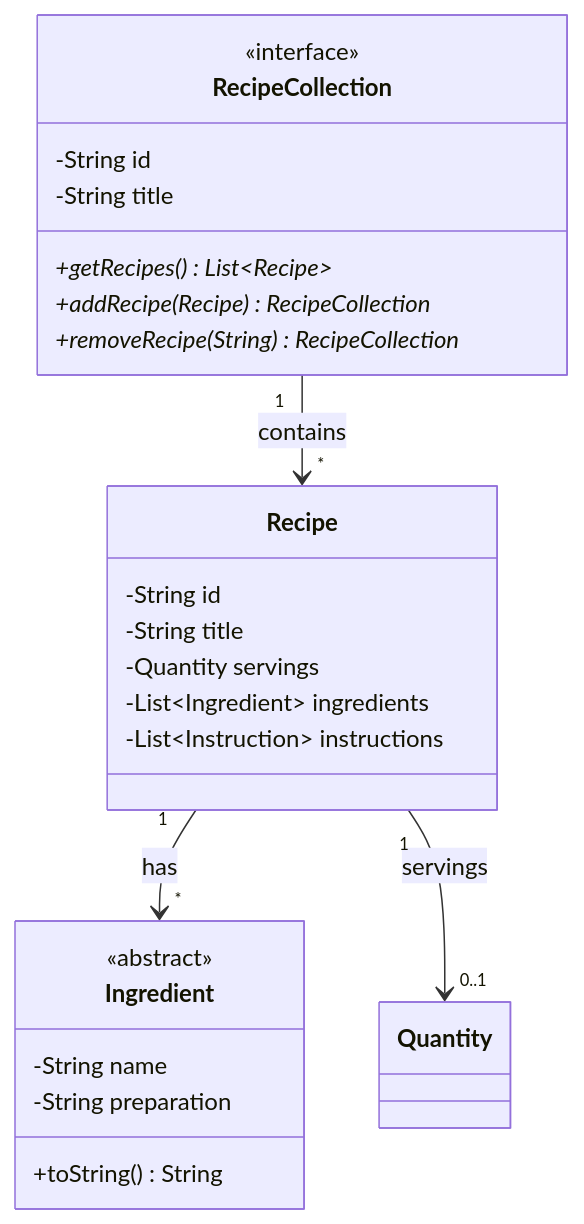
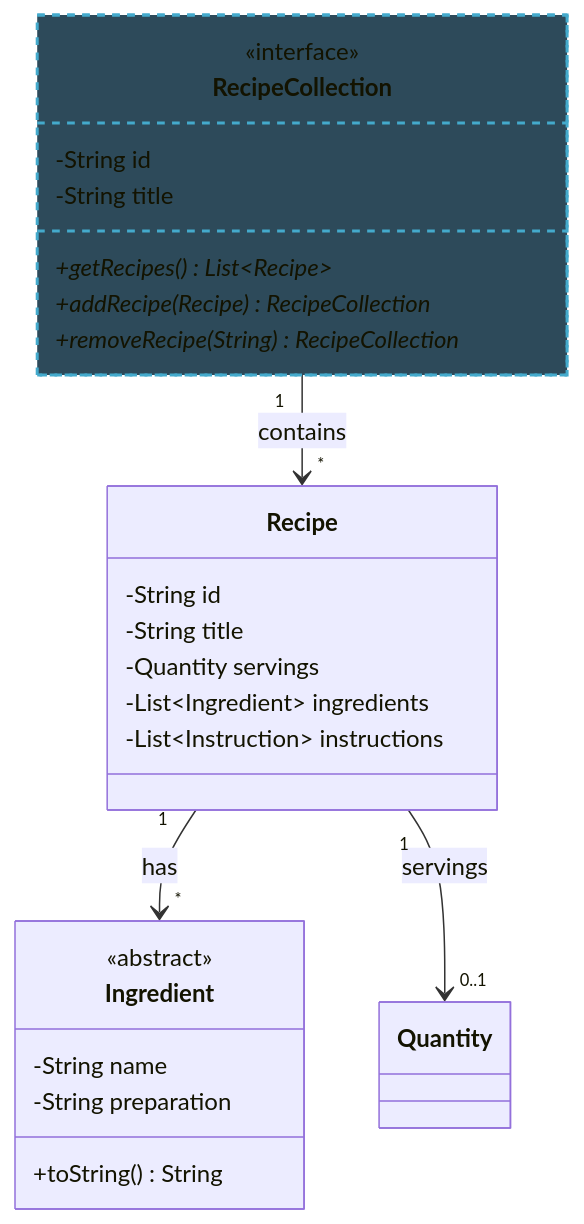
The fifth of 7 diagrams in lecture-slides/l14-program-understanding.mdx (neu-pdi/cs3100-public-resources), drawn with Mermaid before and after one commit.

````diff
--- a/lecture-slides/l14-program-understanding.mdx
+++ b/lecture-slides/l14-program-understanding.mdx
@@ -848,31 +848,31 @@
 ```mermaid
 classDiagram
     class RecipeCollection {
         <<interface>>
         -String id
         -String title
         +getRecipes() List~Recipe~*
         +addRecipe(Recipe) RecipeCollection*
         +removeRecipe(String) RecipeCollection*
     }
 
     class Recipe {
         -String id
         -String title
         -Quantity servings
         -List~Ingredient~ ingredients
         -List~Instruction~ instructions
     }
 
     class Ingredient {
         <<abstract>>
         -String name
         -String preparation
         +toString() String
     }
 
     RecipeCollection "1" --> "*" Recipe : contains
     Recipe "1" --> "*" Ingredient : has
     Recipe "1" --> "0..1" Quantity : servings
-    style SourceType fill:#2d4a5a,stroke:#4ac,stroke-width:2px,stroke-dasharray: 5 5
+    style RecipeCollection fill:#2d4a5a,stroke:#4ac,stroke-width:2px,stroke-dasharray: 5 5
 ```
````
